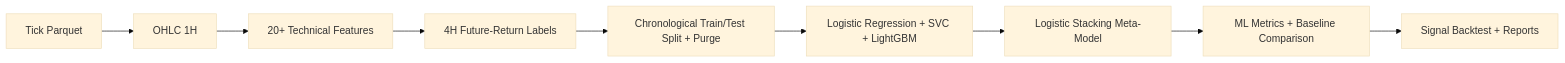
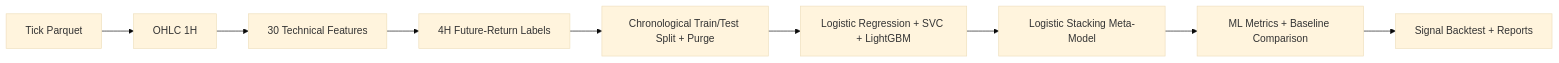
One commit to ultimateBroK/thesis-compact changed the diagram in README.md. Above: the diagram before and after it, drawn with Mermaid (base theme). The commit also changed other lines of this file and 1 other file, not shown here.

````diff
--- a/README.md
+++ b/README.md
@@ -7,11 +7,11 @@
 ```mermaid
 flowchart LR
     A[Tick Parquet] --> B[OHLC 1H]
-    B --> C[20+ Technical Features]
+    B --> C[30 Technical Features]
     C --> D[4H Future-Return Labels]
     D --> E[Chronological Train/Test Split + Purge]
     E --> F[Logistic Regression + SVC + LightGBM]
     F --> G[Logistic Stacking Meta-Model]
     G --> H[ML Metrics + Baseline Comparison]
     H --> I[Signal Backtest + Reports]
 ```
````
